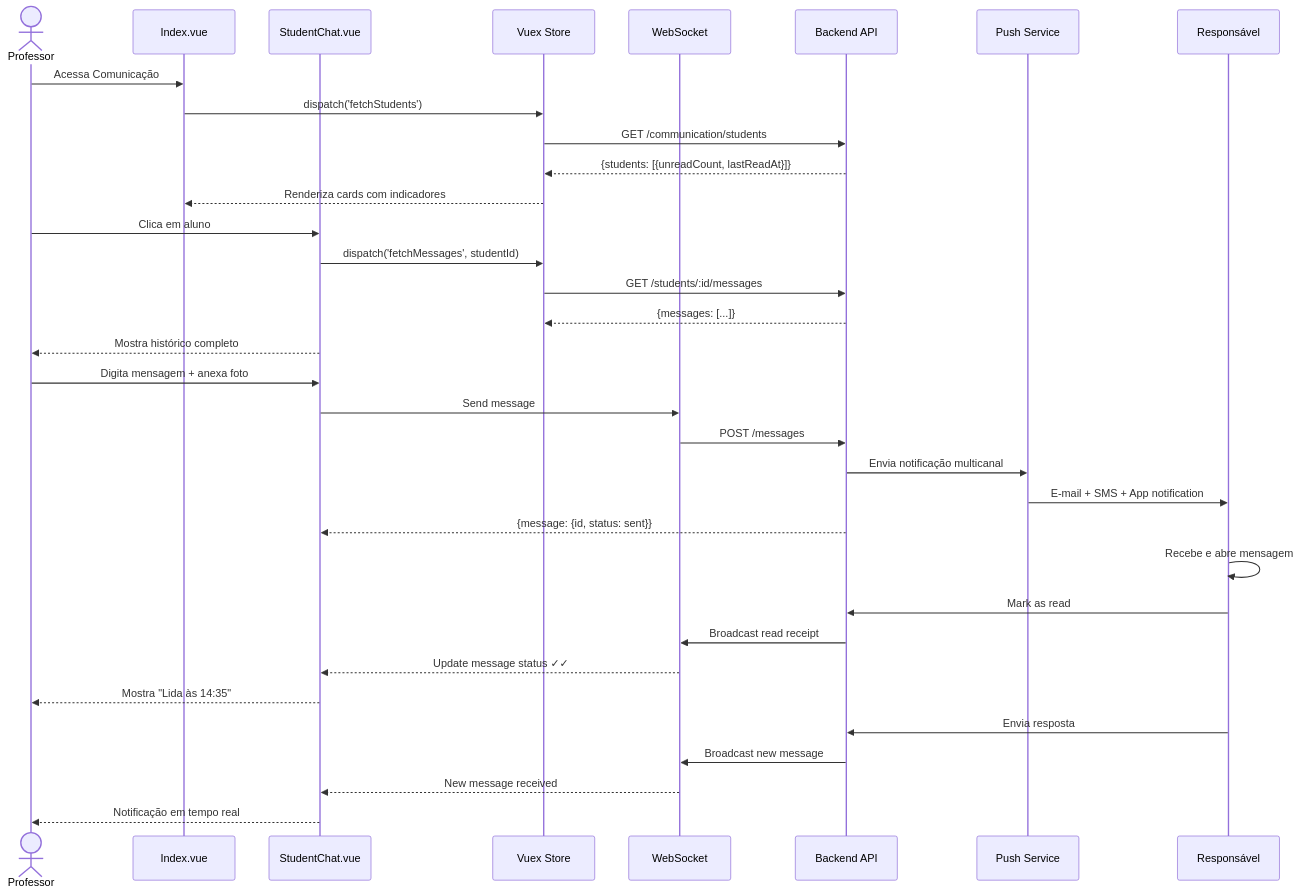
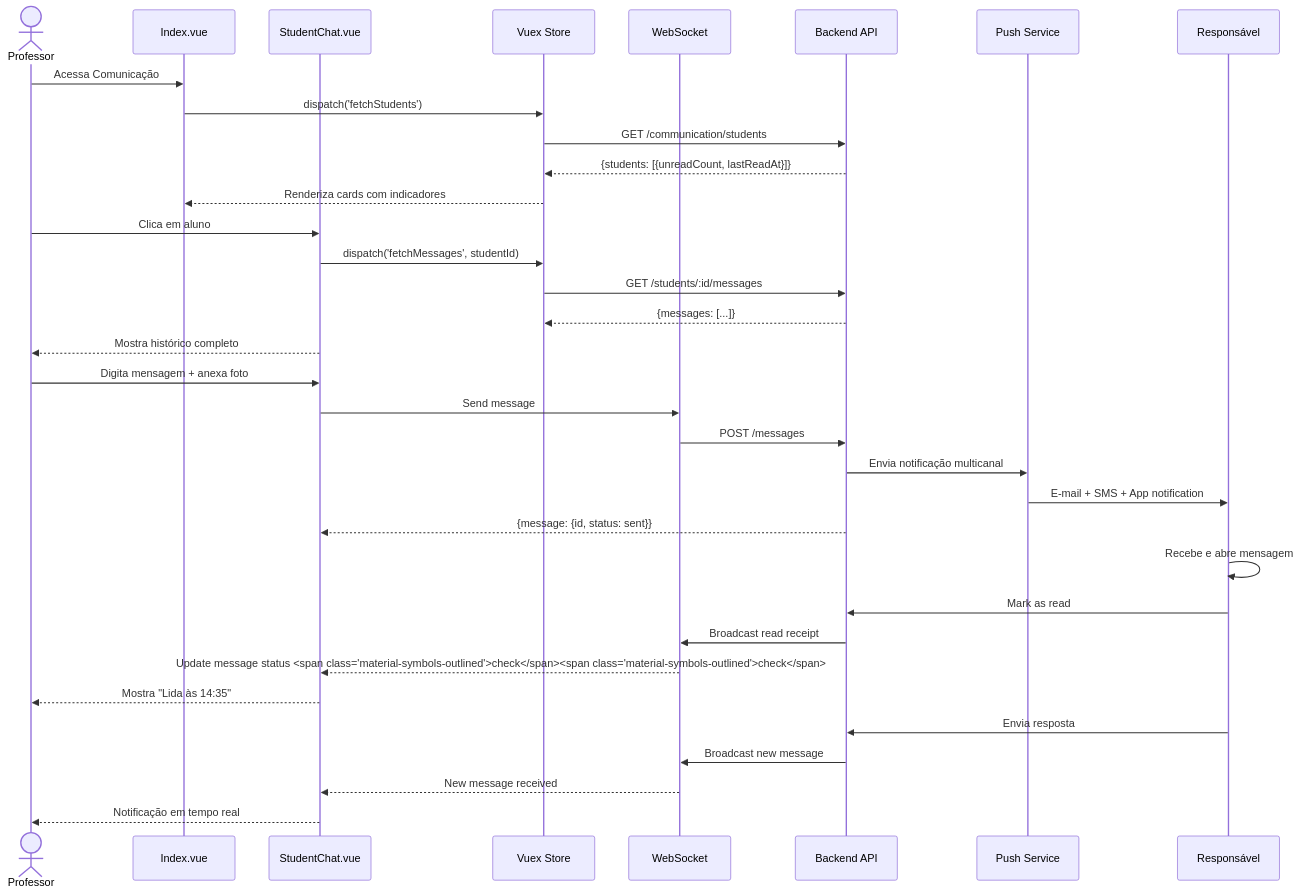
One commit to fabioeducacross/Ambiente_de_Prototipacao_V5 changed the diagram in documentation/docs/journeys/teacher/parent-communication.md. Above: the diagram before and after it, drawn with Mermaid. The commit also changed other lines of this file and 46 other files, not shown here.

First line of the commit message:
feat: substitui emojis por Material Symbols icons na wiki

````diff
--- a/documentation/docs/journeys/teacher/parent-communication.md
+++ b/documentation/docs/journeys/teacher/parent-communication.md
@@ -933,41 +933,41 @@
 ```mermaid
 sequenceDiagram
     actor Prof as Professor
     participant Index as Index.vue
     participant Chat as StudentChat.vue
     participant Store as Vuex Store
     participant WS as WebSocket
     participant API as Backend API
     participant Push as Push Service
     participant Parent as Responsável
 
     Prof->>Index: Acessa Comunicação
     Index->>Store: dispatch('fetchStudents')
     Store->>API: GET /communication/students
     API-->>Store: {students: [{unreadCount, lastReadAt}]}
     Store-->>Index: Renderiza cards com indicadores
 
     Prof->>Chat: Clica em aluno
     Chat->>Store: dispatch('fetchMessages', studentId)
     Store->>API: GET /students/:id/messages
     API-->>Store: {messages: [...]}
     Chat-->>Prof: Mostra histórico completo
 
     Prof->>Chat: Digita mensagem + anexa foto
     Chat->>WS: Send message
     WS->>API: POST /messages
     API->>Push: Envia notificação multicanal
     Push->>Parent: E-mail + SMS + App notification
     API-->>Chat: {message: {id, status: sent}}
 
     Parent->>Parent: Recebe e abre mensagem
     Parent->>API: Mark as read
     API->>WS: Broadcast read receipt
-    WS-->>Chat: Update message status ✓✓
+    WS-->>Chat: Update message status <span class="material-symbols-outlined">check</span><span class="material-symbols-outlined">check</span>
     Chat-->>Prof: Mostra "Lida às 14:35"
 
     Parent->>API: Envia resposta
     API->>WS: Broadcast new message
     WS-->>Chat: New message received
     Chat-->>Prof: Notificação em tempo real
 ```
````
